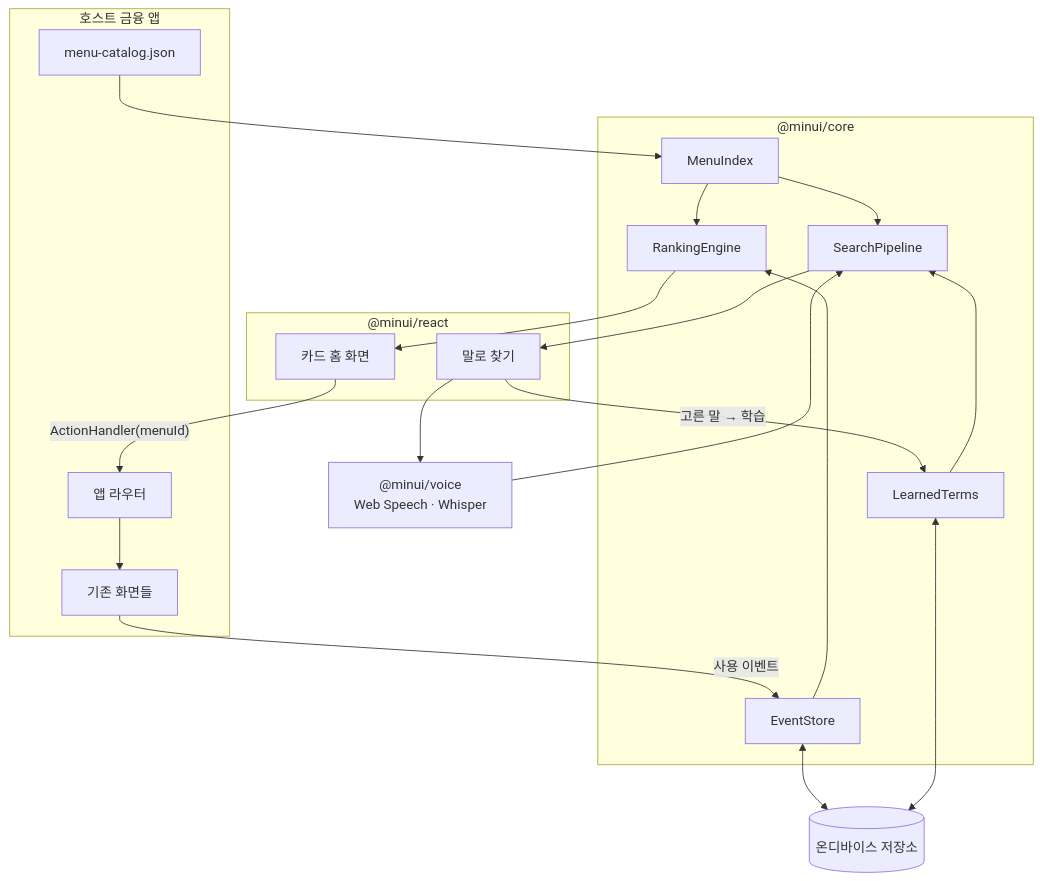
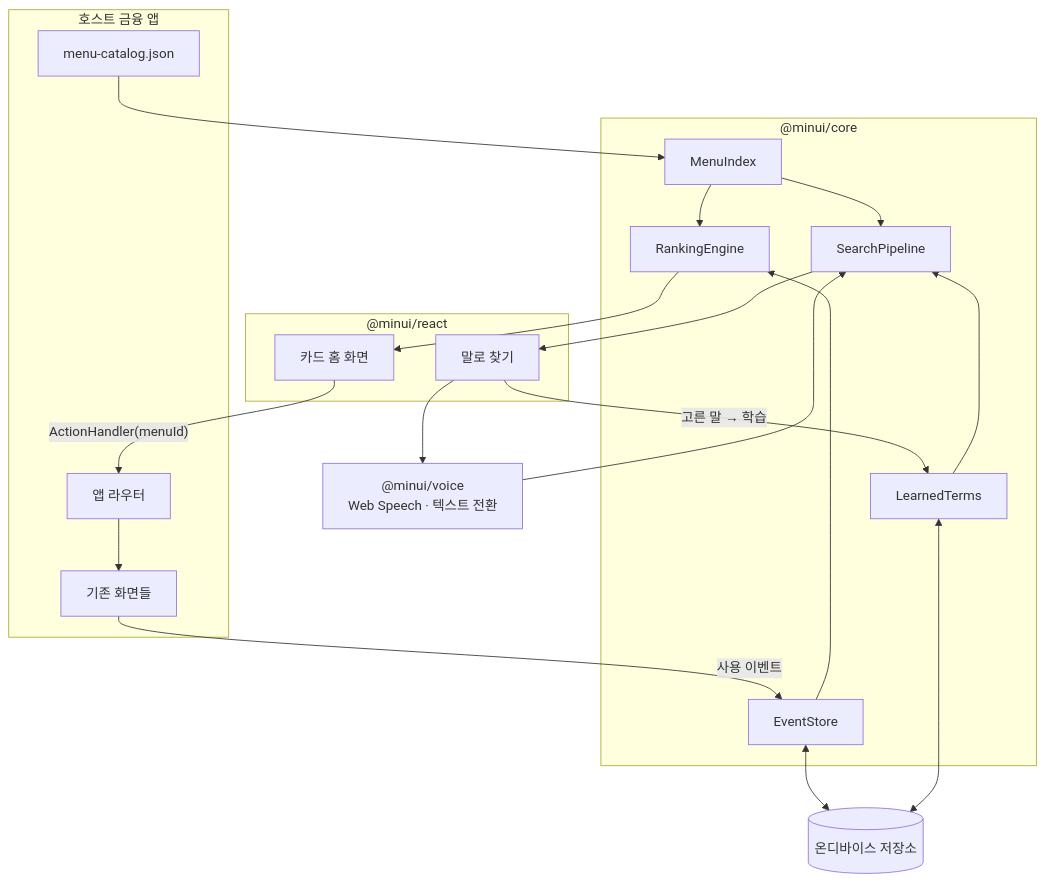
One commit to W1nyu/minUI changed the first of 2 diagrams in docs/기획안.md. Above: the diagram before and after it, drawn with Mermaid. The commit also changed other lines of this file and 5 other files, not shown here.

````diff
--- a/docs/기획안.md
+++ b/docs/기획안.md
@@ -343,40 +351,40 @@
 ```mermaid
 flowchart TB
     subgraph Host["호스트 금융 앱"]
         Catalog["menu-catalog.json"]
         Router["앱 라우터"]
         Screens["기존 화면들"]
     end
 
     subgraph Core["@minui/core"]
         Events["EventStore"]
         Rank["RankingEngine"]
         Index["MenuIndex"]
         Search["SearchPipeline"]
         Learned["LearnedTerms"]
     end
 
     subgraph UI["@minui/react"]
         Home["카드 홈 화면"]
         Voice["말로 찾기"]
     end
 
-    STT["@minui/voice<br/>Web Speech · Whisper"]
+    STT["@minui/voice<br/>Web Speech · 텍스트 전환"]
     DB[("온디바이스 저장소")]
 
     Catalog --> Index
     Index --> Rank
     Index --> Search
     Events <--> DB
     Learned <--> DB
     Events --> Rank
     Rank --> Home
     Voice --> STT
     STT --> Search
     Learned --> Search
     Search --> Voice
     Voice -->|"고른 말 → 학습"| Learned
     Home -->|"ActionHandler(menuId)"| Router
     Router --> Screens
     Screens -->|"사용 이벤트"| Events
 ```
````
